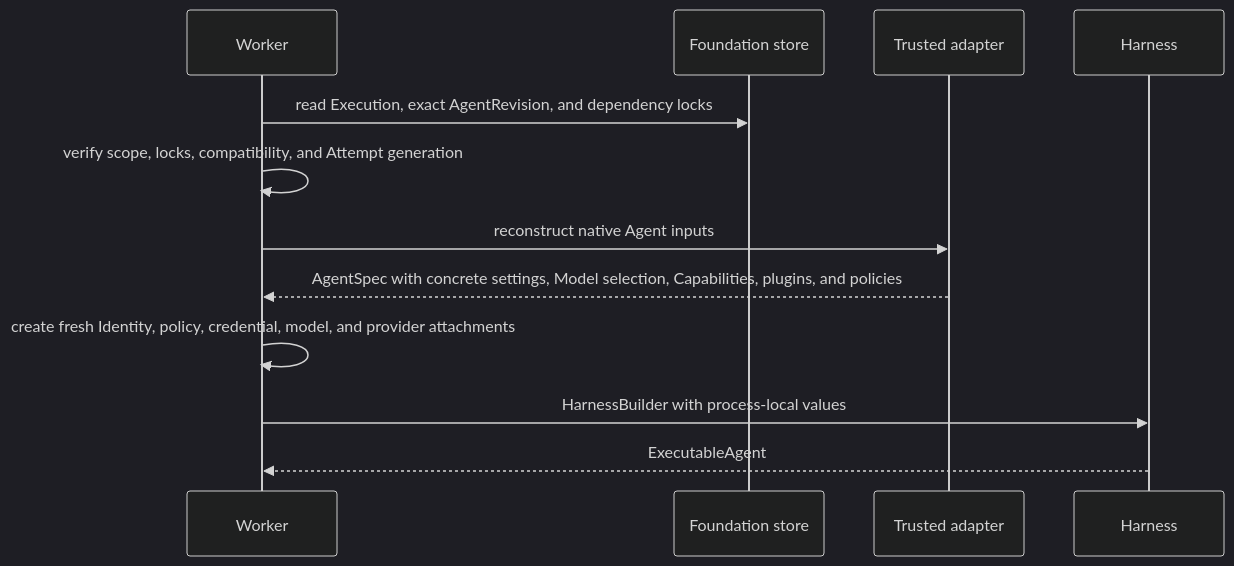
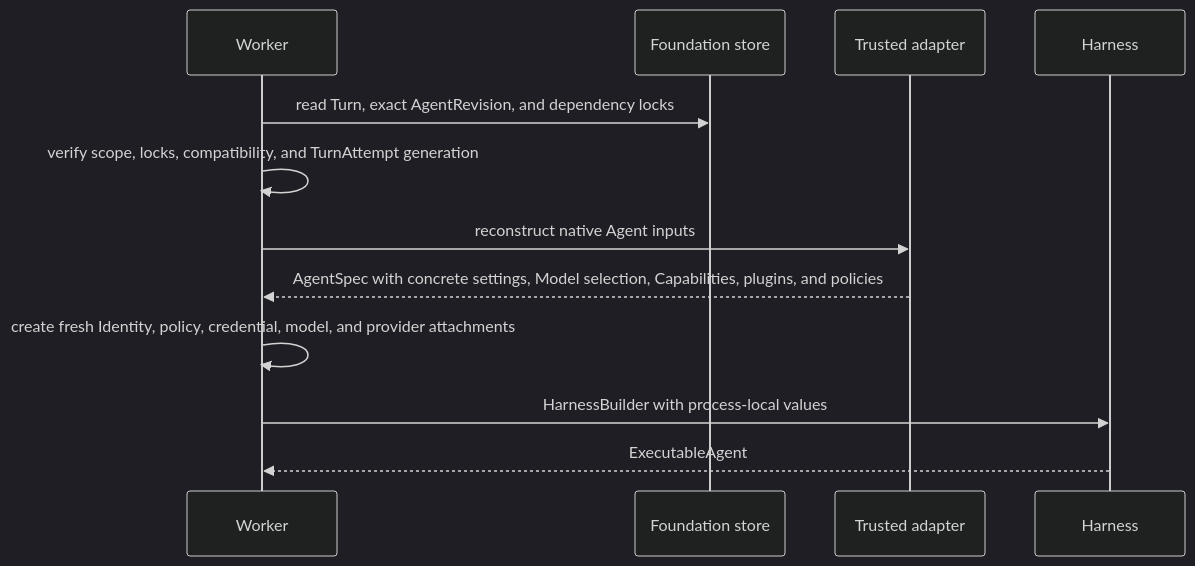
The second of 2 diagrams in spec/foundation-service/12-agent-revisions-and-reconstruction.md (LTThreeComma/agent-foundation), drawn with Mermaid (dark theme) before and after one commit. The commit also changed other lines of this file and 31 other files, not shown here.

````diff
--- a/spec/foundation-service/12-agent-revisions-and-reconstruction.md
+++ b/spec/foundation-service/12-agent-revisions-and-reconstruction.md
@@ -62,15 +62,15 @@
 ```mermaid
 sequenceDiagram
     participant Worker
     participant Store as Foundation store
     participant Adapter as Trusted adapter
     participant Harness
 
-    Worker->>Store: read Execution, exact AgentRevision, and dependency locks
-    Worker->>Worker: verify scope, locks, compatibility, and Attempt generation
+    Worker->>Store: read Turn, exact AgentRevision, and dependency locks
+    Worker->>Worker: verify scope, locks, compatibility, and TurnAttempt generation
     Worker->>Adapter: reconstruct native Agent inputs
     Adapter-->>Worker: AgentSpec with concrete settings, Model selection, Capabilities, plugins, and policies
     Worker->>Worker: create fresh Identity, policy, credential, model, and provider attachments
     Worker->>Harness: HarnessBuilder with process-local values
     Harness-->>Worker: ExecutableAgent
 ```
````
